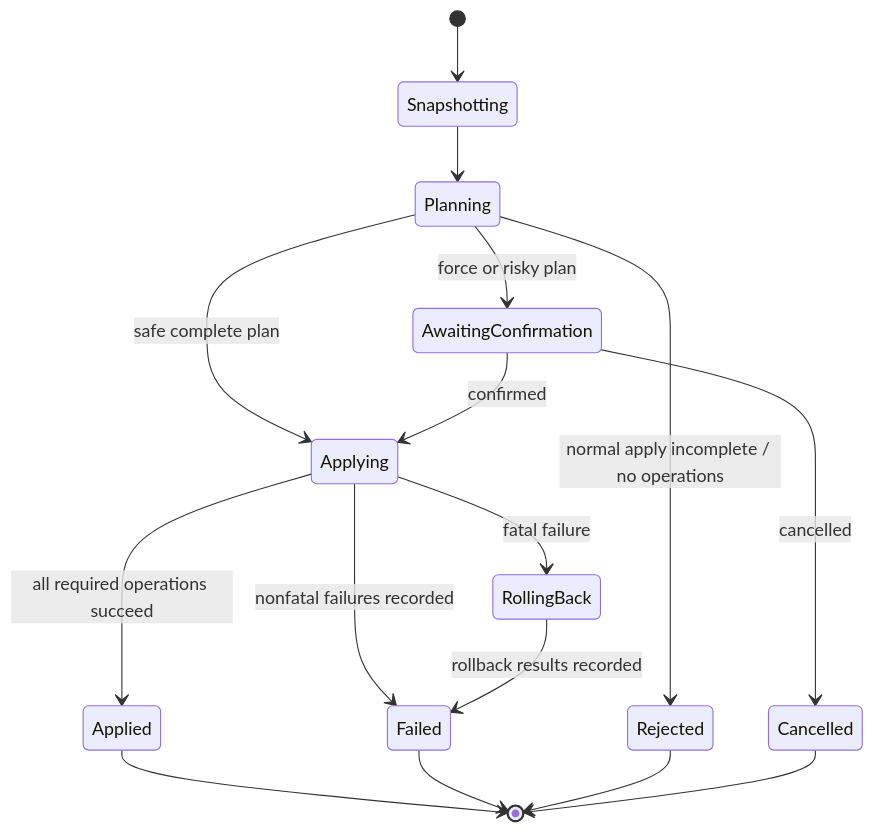
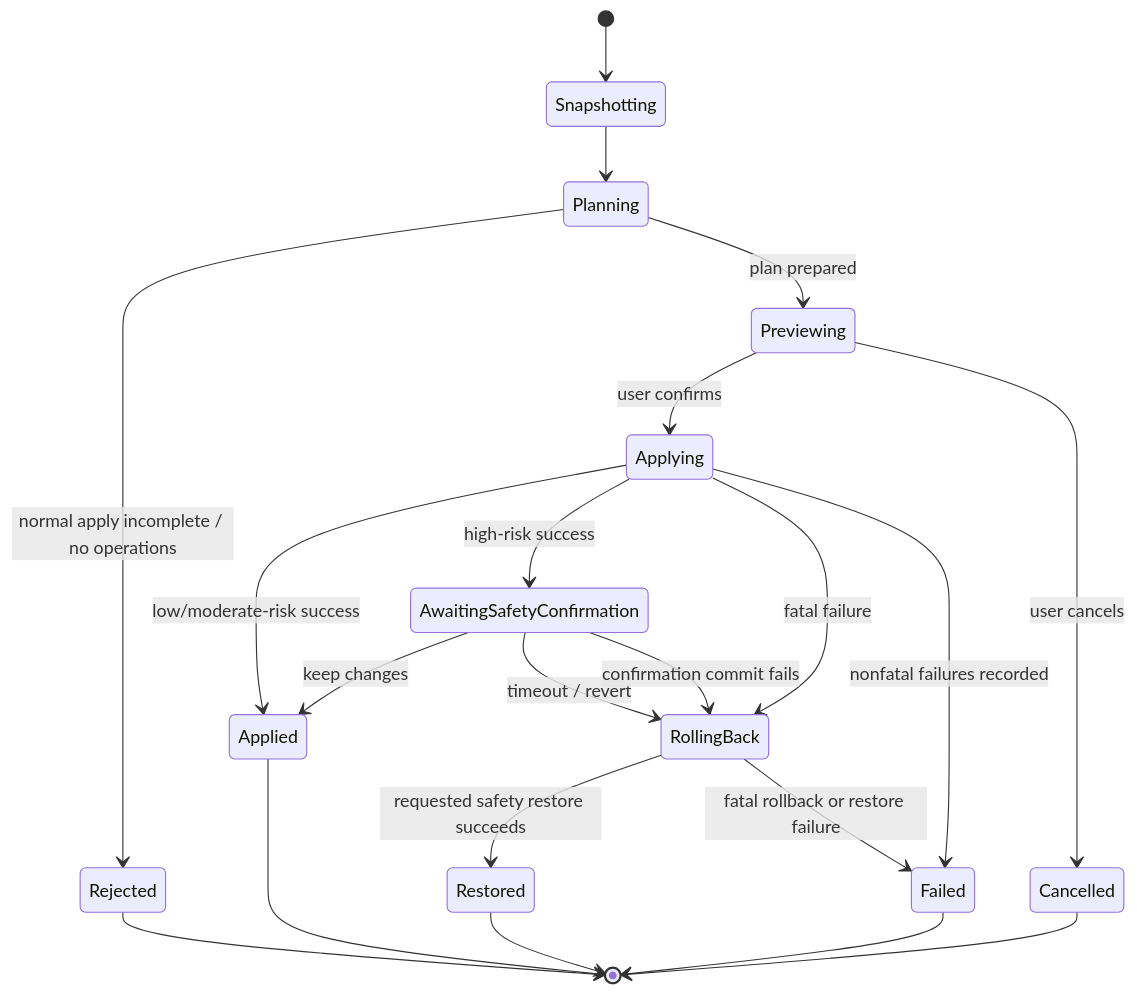
One commit to GGULBAE/desk-setup-switcher changed the second of 2 diagrams in docs/ARCHITECTURE.md. Above: the diagram before and after it, drawn with Mermaid. The commit also changed other lines of this file and 111 other files, not shown here.

````diff
--- a/docs/ARCHITECTURE.md
+++ b/docs/ARCHITECTURE.md
@@ -44,18 +46,23 @@
 ```mermaid
 stateDiagram-v2
     [*] --> Snapshotting
     Snapshotting --> Planning
     Planning --> Rejected: normal apply incomplete / no operations
-    Planning --> AwaitingConfirmation: force or risky plan
-    Planning --> Applying: safe complete plan
-    AwaitingConfirmation --> Applying: confirmed
-    AwaitingConfirmation --> Cancelled: cancelled
-    Applying --> Applied: all required operations succeed
+    Planning --> Previewing: plan prepared
+    Previewing --> Applying: user confirms
+    Previewing --> Cancelled: user cancels
+    Applying --> Applied: low/moderate-risk success
+    Applying --> AwaitingSafetyConfirmation: high-risk success
+    AwaitingSafetyConfirmation --> Applied: keep changes
+    AwaitingSafetyConfirmation --> RollingBack: timeout / revert
+    AwaitingSafetyConfirmation --> RollingBack: confirmation commit fails
     Applying --> RollingBack: fatal failure
     Applying --> Failed: nonfatal failures recorded
-    RollingBack --> Failed: rollback results recorded
+    RollingBack --> Restored: requested safety restore succeeds
+    RollingBack --> Failed: fatal rollback or restore failure
     Applied --> [*]
+    Restored --> [*]
     Failed --> [*]
     Rejected --> [*]
     Cancelled --> [*]
 ```
````
